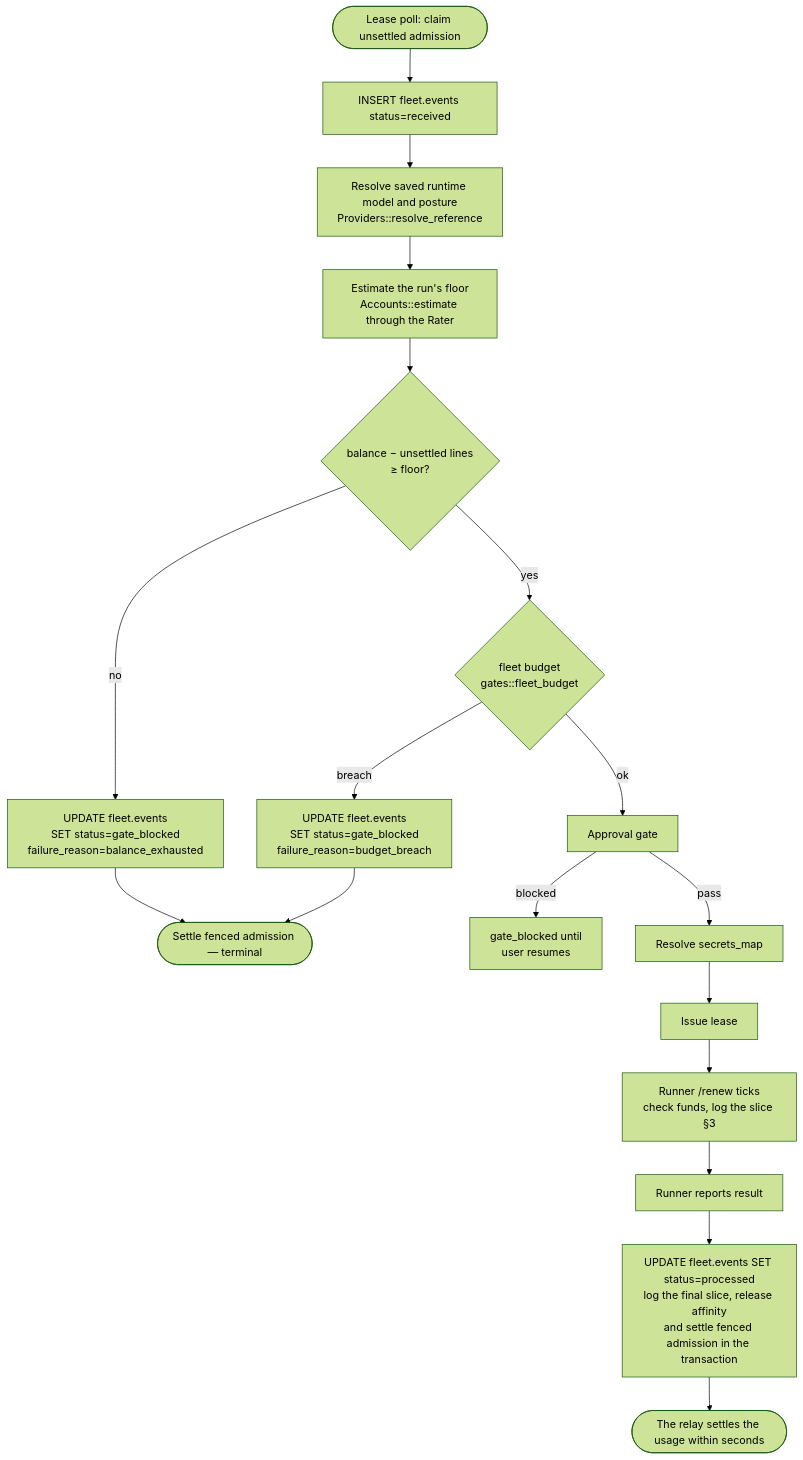
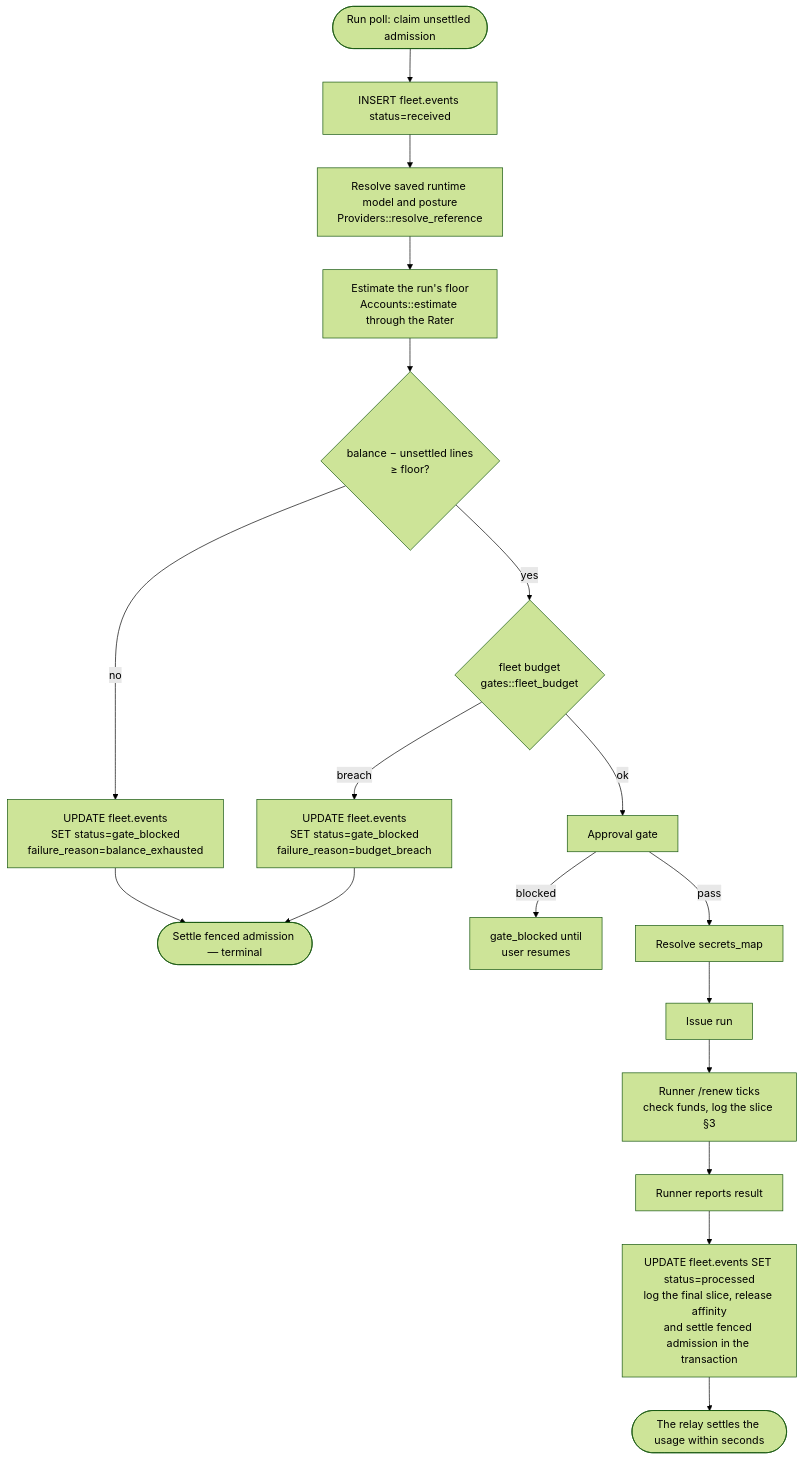
Before and after one commit to agentsfleet/agentsfleet: the diagram in docs/architecture/billing_and_provider_keys.md, drawn with Mermaid (forest theme). The commit also changed other lines of this file and 2611 other files, not shown here.

First line of the commit message:
refactor: a lease is a run, everywhere

````diff
--- a/docs/architecture/billing_and_provider_keys.md
+++ b/docs/architecture/billing_and_provider_keys.md
@@ -409,20 +409,20 @@
 ```mermaid
 flowchart TD
-    A([Lease poll: claim unsettled admission]) --> B[INSERT fleet.events status=received]
+    A([Run poll: claim unsettled admission]) --> B[INSERT fleet.events status=received]
     B --> C[Resolve saved runtime model and posture<br/>Providers::resolve_reference]
     C --> D[Estimate the run's floor<br/>Accounts::estimate through the Rater]
     D --> E{balance − unsettled lines<br/>≥ floor?}
     E -->|no| Block[UPDATE fleet.events<br/>SET status=gate_blocked<br/>failure_reason=balance_exhausted]
     Block --> X1([Settle fenced admission — terminal])
     E -->|yes| BG{fleet budget<br/>gates::fleet_budget}
     BG -->|breach| BB[UPDATE fleet.events<br/>SET status=gate_blocked<br/>failure_reason=budget_breach]
     BB --> X1
     BG -->|ok| G[Approval gate]
     G -->|blocked| Wait[gate_blocked until<br/>user resumes]
     G -->|pass| H[Resolve secrets_map]
-    H --> J[Issue lease]
+    H --> J[Issue run]
     J --> Renew[Runner /renew ticks<br/>check funds, log the slice §3]
     Renew --> K[Runner reports result]
     K --> L[UPDATE fleet.events SET status=processed<br/>log the final slice, release affinity<br/>and settle fenced admission in the transaction]
     L --> X2([The relay settles the usage within seconds])
 ```
````
